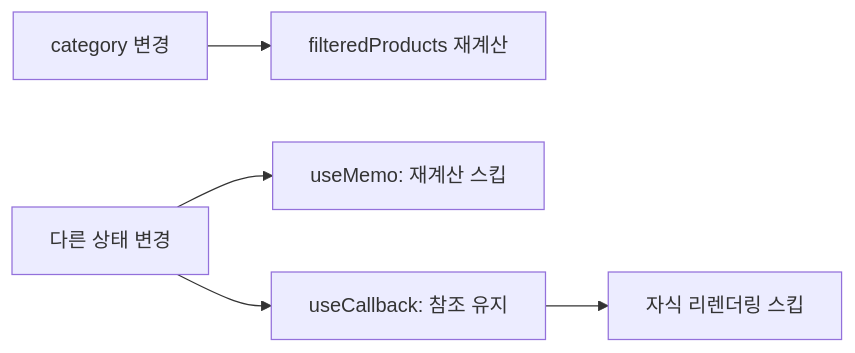
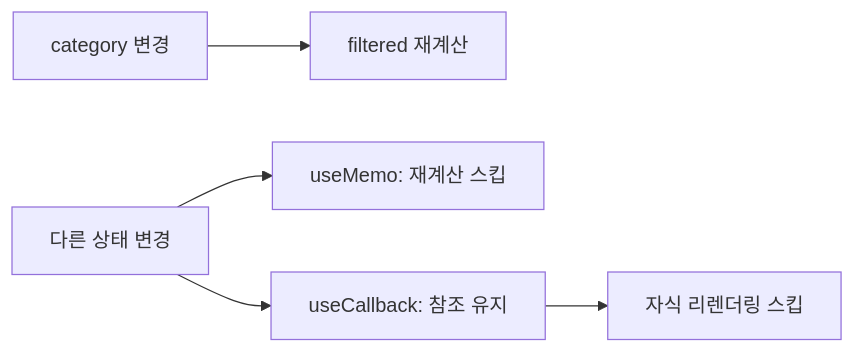
One commit to yjkim2015/yjkim2015.github.io changed the second of 5 diagrams in _posts/frontend/2026-05-02-react-performance.md. Above: the diagram before and after it, drawn with Mermaid. The commit also changed other lines of this file and 245 other files, not shown here.

First line of the commit message:
Mermaid 다이어그램 전면 수정 + 면접 포인트 접기/펼치기 + DB 데드락 페이지

````diff
--- a/_posts/frontend/2026-05-02-react-performance.md
+++ b/_posts/frontend/2026-05-02-react-performance.md
@@ -132,7 +132,7 @@
 ```mermaid
 graph LR
-    A["category 변경"] --> B["filteredProducts 재계산"]
+    A["category 변경"] --> B["filtered 재계산"]
     C["다른 상태 변경"] --> D["useMemo: 재계산 스킵"]
     C --> E["useCallback: 참조 유지"]
     E --> F["자식 리렌더링 스킵"]
 ```
````
